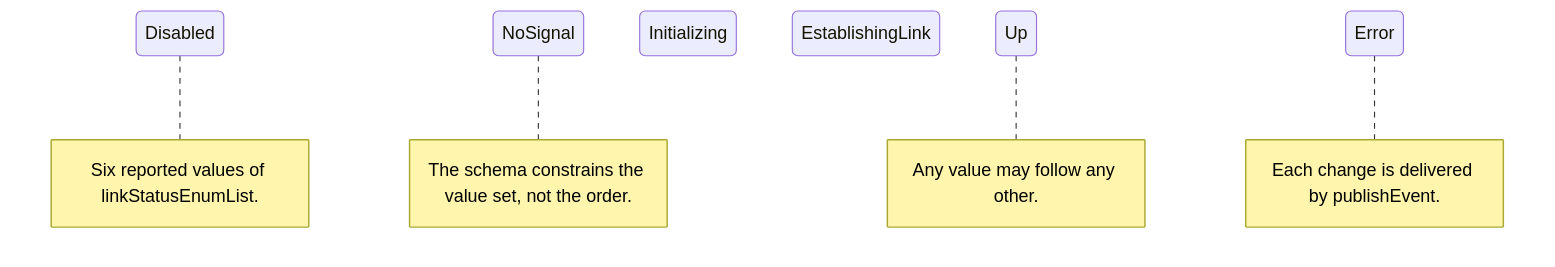
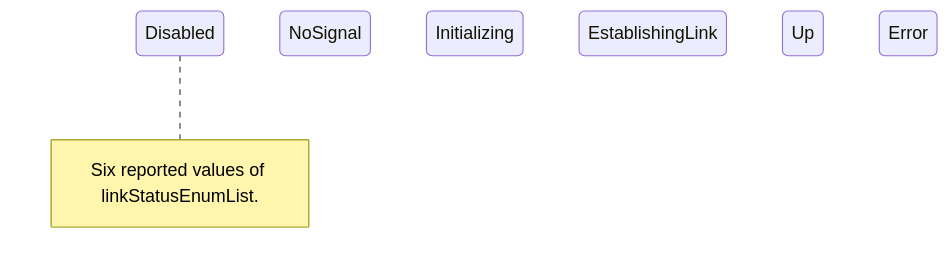
Before and after one commit to Blitzy-Sky/xdsl-manager: the third of 3 diagrams in docs/pages/halSpec.md, drawn with Mermaid. The commit also changed other lines of this file and 2 other files, not shown here.

First line of the commit message:
docs: expand the xDSL PTM MACAddress description and unify diagrams

````diff
--- a/docs/pages/halSpec.md
+++ b/docs/pages/halSpec.md
@@ -599,13 +596,10 @@
 ```mermaid
 stateDiagram-v2
     state "Disabled" as Disabled
     state "NoSignal" as NoSignal
     state "Initializing" as Initializing
     state "EstablishingLink" as EstablishingLink
     state "Up" as Up
     state "Error" as Error
     note right of Disabled : Six reported values of linkStatusEnumList.
-    note right of NoSignal : The schema constrains the value set, not the order.
-    note right of Up : Any value may follow any other.
-    note right of Error : Each change is delivered by publishEvent.
 ```
````
